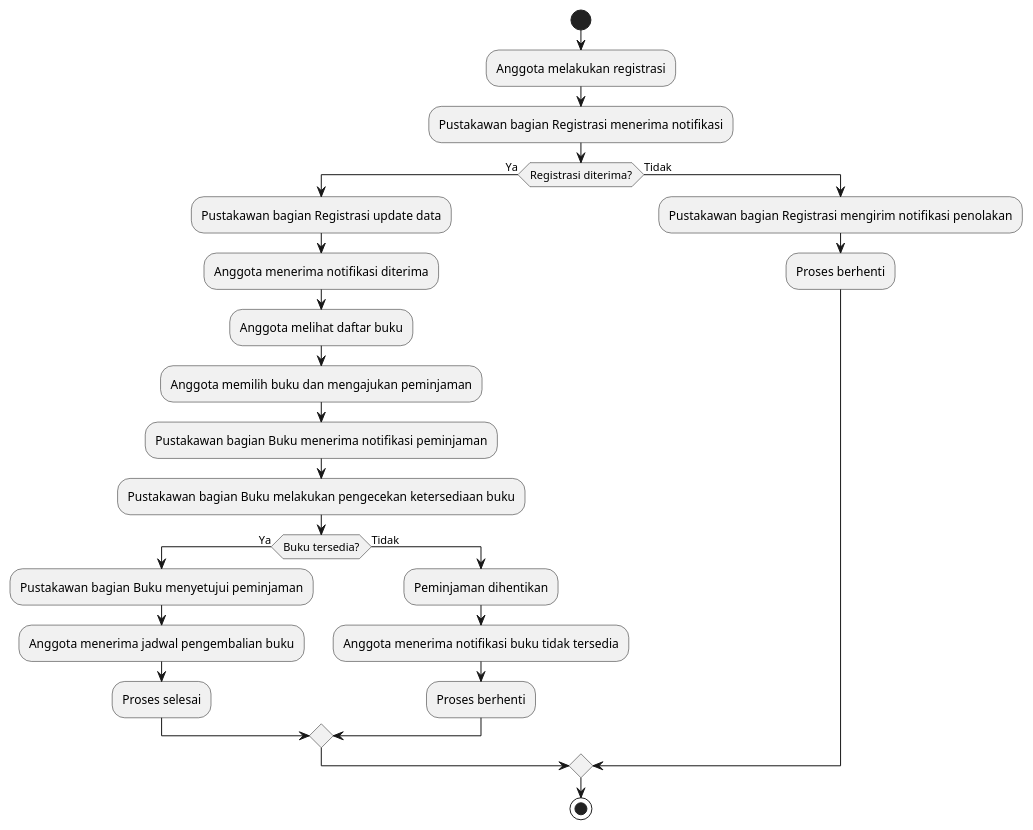
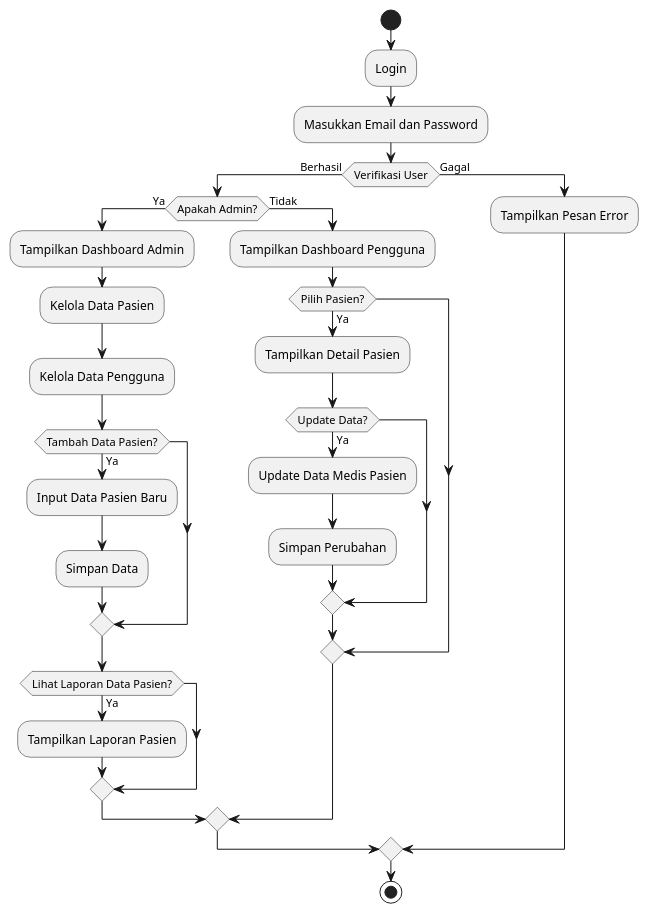
One commit to virgatoingz/Design_Algo changed the diagram in uts/Dokumen/flowchart.puml. Above: the diagram before and after it, drawn with PlantUML. The commit also changed 222 other files, not shown here.

```diff
--- a/uts/Dokumen/flowchart.puml
+++ b/uts/Dokumen/flowchart.puml
@@ -1,29 +1,37 @@
-@startuml flowchart
+@startuml
+
 start
 
-:Anggota melakukan registrasi;
-:Pustakawan bagian Registrasi menerima notifikasi;
-if (Registrasi diterima?) then (Ya)
-    :Pustakawan bagian Registrasi update data;
-    :Anggota menerima notifikasi diterima;
-    :Anggota melihat daftar buku;
-    :Anggota memilih buku dan mengajukan peminjaman;
-    :Pustakawan bagian Buku menerima notifikasi peminjaman;
-    :Pustakawan bagian Buku melakukan pengecekan ketersediaan buku;
-    
-    if (Buku tersedia?) then (Ya)
-        :Pustakawan bagian Buku menyetujui peminjaman;
-        :Anggota menerima jadwal pengembalian buku;
-        :Proses selesai;
+:Login;
+:Masukkan Email dan Password;
+if (Verifikasi User) then (Berhasil)
+    if (Apakah Admin?) then (Ya)
+        :Tampilkan Dashboard Admin;
+        :Kelola Data Pasien;
+        :Kelola Data Pengguna;
+        if (Tambah Data Pasien?) then (Ya)
+            :Input Data Pasien Baru;
+            :Simpan Data;
+        endif
+
+        if (Lihat Laporan Data Pasien?) then (Ya)
+            :Tampilkan Laporan Pasien;
+        endif
+
     else (Tidak)
-        :Peminjaman dihentikan;
-        :Anggota menerima notifikasi buku tidak tersedia;
-        :Proses berhenti;
+        :Tampilkan Dashboard Pengguna;
+        if (Pilih Pasien?) then (Ya)
+            :Tampilkan Detail Pasien;
+            if (Update Data?) then (Ya)
+                :Update Data Medis Pasien;
+                :Simpan Perubahan;
+            endif
+        endif
     endif
-else (Tidak)
-    :Pustakawan bagian Registrasi mengirim notifikasi penolakan;
-    :Proses berhenti;
+else (Gagal)
+    :Tampilkan Pesan Error;
 endif
 
 stop
+
 @enduml
```
